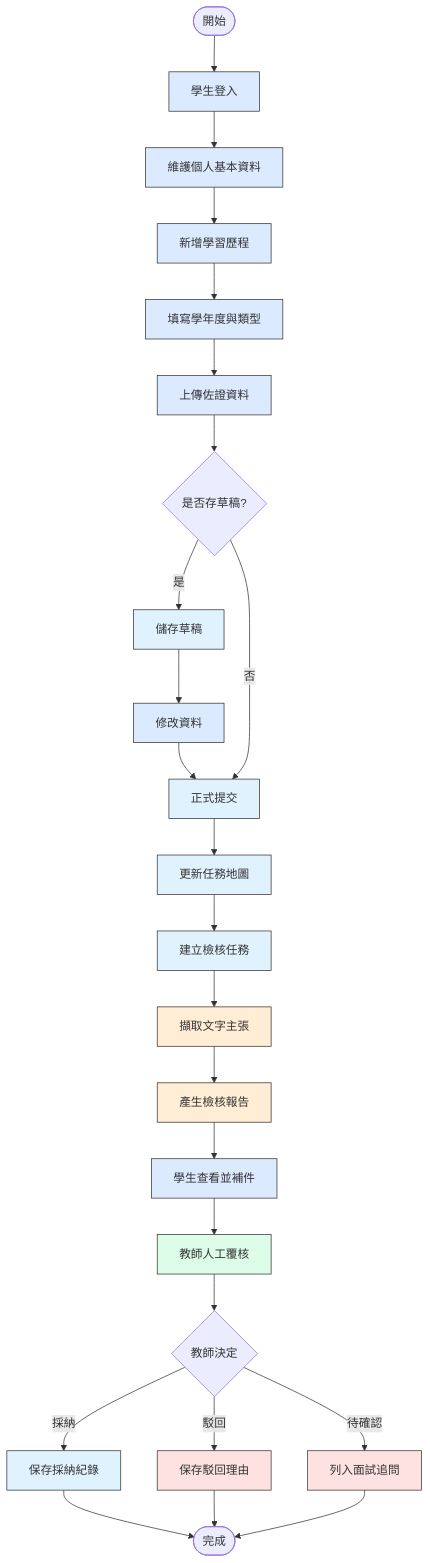
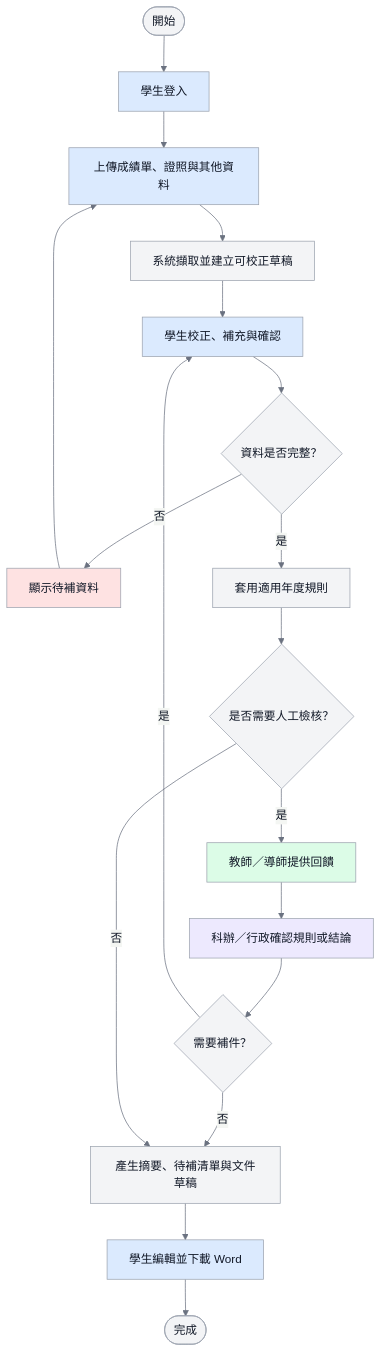
Before and after one commit to vujhdcusa/1028: the first of 5 diagrams in docs/01_正式規格/資管科智慧學習歷程系統-系統規格設計書-開發閱讀版.md, drawn with Mermaid. The commit also changed other lines of this file and 16 other files, not shown here.

Commit message:
docs: correct learning portfolio flow diagrams

````diff
--- a/docs/01_正式規格/資管科智慧學習歷程系統-系統規格設計書-開發閱讀版.md
+++ b/docs/01_正式規格/資管科智慧學習歷程系統-系統規格設計書-開發閱讀版.md
@@ -232,32 +236,27 @@
 ```mermaid
+%%{init: {'theme':'base','themeVariables': {'fontFamily':'Microsoft JhengHei, Noto Sans TC, Arial, sans-serif','primaryColor':'#F3F4F6','primaryTextColor':'#111827','primaryBorderColor':'#9CA3AF','lineColor':'#6B7280'}}}%%
 flowchart TD
-    classDef student fill:#DBEAFE,stroke:#333;
-    classDef teacher fill:#DCFCE7,stroke:#333;
-    classDef ai fill:#FFEDD5,stroke:#333;
-    classDef backend fill:#E0F2FE,stroke:#333;
-    classDef alert fill:#FEE2E2,stroke:#333;
+    classDef student fill:#DBEAFE,stroke:#9CA3AF,color:#111827,stroke-width:1px;
+    classDef system fill:#F3F4F6,stroke:#9CA3AF,color:#111827,stroke-width:1px;
+    classDef teacher fill:#DCFCE7,stroke:#9CA3AF,color:#111827,stroke-width:1px;
+    classDef staff fill:#EDE9FE,stroke:#9CA3AF,color:#111827,stroke-width:1px;
+    classDef alert fill:#FEE2E2,stroke:#9CA3AF,color:#111827,stroke-width:1px;
 
     Start([開始]) --> Login[學生登入]:::student
-    Login --> Profile[維護個人基本資料]:::student
-    Profile --> Portfolio[新增學習歷程]:::student
-    Portfolio --> Classify[填寫學年度與類型]:::student
-    Classify --> Evidence[上傳佐證資料]:::student
-    Evidence --> Draft{是否存草稿?}
-    Draft -- 是 --> SaveDraft[儲存草稿]:::backend
-    SaveDraft --> Edit[修改資料]:::student
-    Edit --> Submit[正式提交]:::backend
-    Draft -- 否 --> Submit
-    Submit --> Milestone[更新任務地圖]:::backend
-    Milestone --> CreateTask[建立檢核任務]:::backend
-    CreateTask --> Extract[擷取文字主張]:::ai
-    Extract --> Report[產生檢核報告]:::ai
-    Report --> StudentReview[學生查看並補件]:::student
-    StudentReview --> TeacherReview[教師人工覆核]:::teacher
-    TeacherReview --> Decision{教師決定}
-    Decision -- 採納 --> Accepted[保存採納紀錄]:::backend
-    Decision -- 駁回 --> Rejected[保存駁回理由]:::alert
-    Decision -- 待確認 --> Pending[列入面試追問]:::alert
-    Accepted --> End([完成])
-    Rejected --> End
-    Pending --> End
+    Login --> Upload[上傳成績單、證照與其他資料]:::student
+    Upload --> Extract[系統擷取並建立可校正草稿]:::system
+    Extract --> Confirm[學生校正、補充與確認]:::student
+    Confirm --> Complete{資料是否完整？}
+    Complete -- 否 --> Missing[顯示待補資料]:::alert
+    Missing --> Upload
+    Complete -- 是 --> Rules[套用適用年度規則]:::system
+    Rules --> Check{是否需要人工檢核？}
+    Check -- 是 --> Teacher[教師／導師提供回饋]:::teacher
+    Teacher --> Staff[科辦／行政確認規則或結論]:::staff
+    Staff --> Fix{需要補件？}
+    Fix -- 是 --> Confirm
+    Fix -- 否 --> Result[產生摘要、待補清單與文件草稿]:::system
+    Check -- 否 --> Result
+    Result --> Word[學生編輯並下載 Word]:::student
+    Word --> End([完成])
 ```
````
